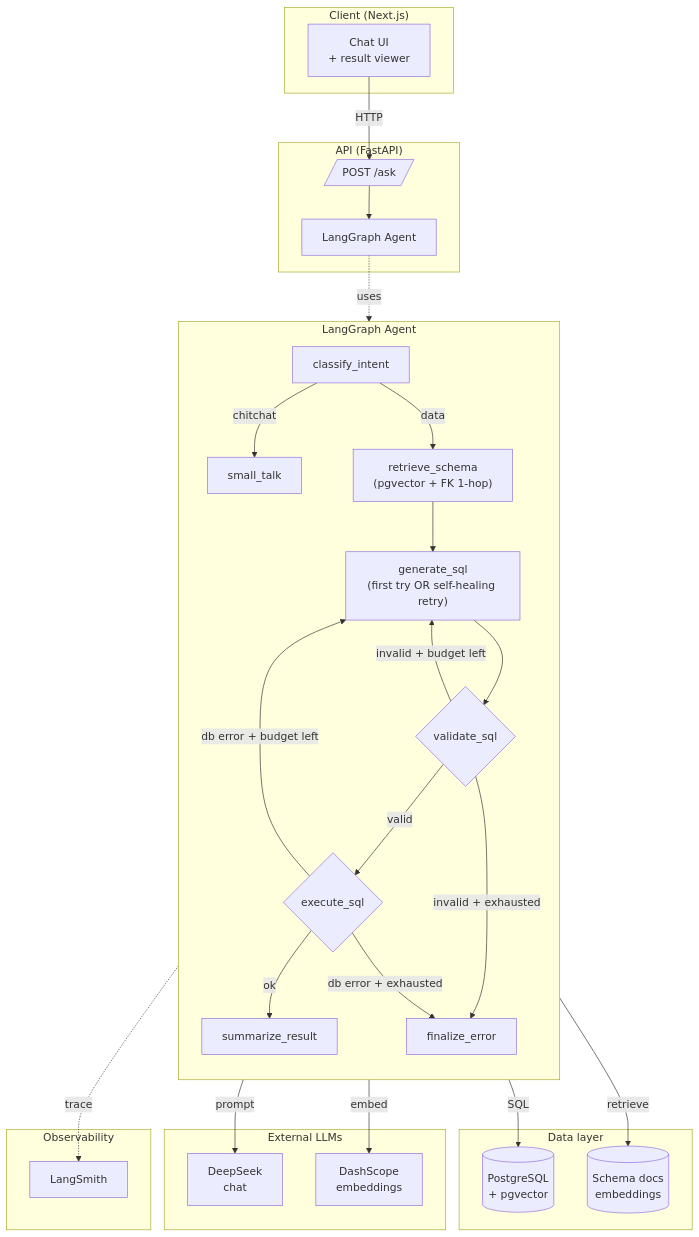
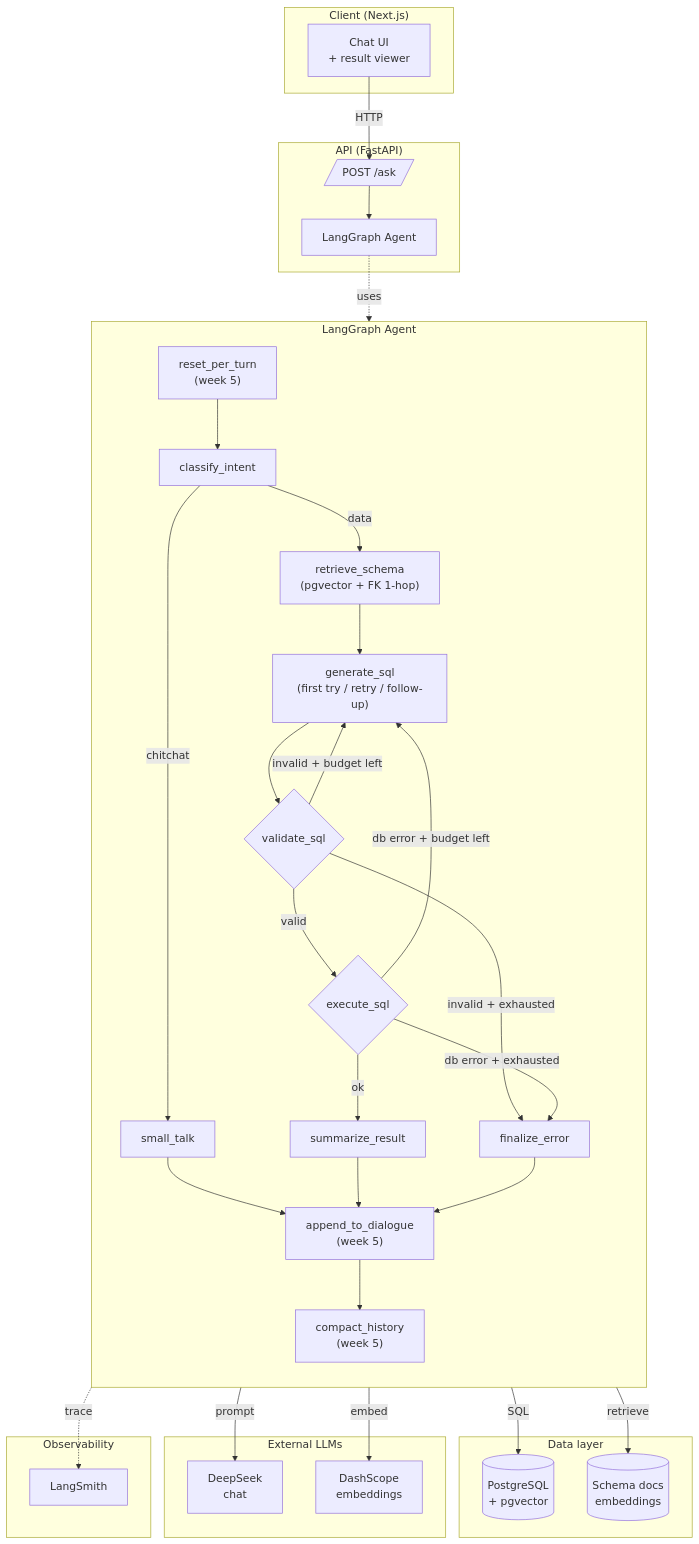
Before and after one commit to rachel-zhang-dev/data-copilot: the diagram in docs/architecture.md, drawn with Mermaid. The commit also changed other lines of this file and 21 other files, not shown here.

First line of the commit message:
feat(agent): week 5 — multi-turn dialogue with Postgres checkpointer

````diff
--- a/docs/architecture.md
+++ b/docs/architecture.md
@@ -7,57 +7,65 @@
 ```mermaid
 flowchart TB
     subgraph Client["Client (Next.js)"]
         UI[Chat UI<br/>+ result viewer]
     end
 
     subgraph API["API (FastAPI)"]
         Endpoint[/POST /ask/]
         Graph["LangGraph Agent"]
     end
 
     subgraph Agent["LangGraph Agent"]
         direction TB
+        N0["reset_per_turn<br/>(week 5)"]
         N1["classify_intent"]
         N1b["small_talk"]
         N2["retrieve_schema<br/>(pgvector + FK 1-hop)"]
-        N3["generate_sql<br/>(first try OR self-healing retry)"]
+        N3["generate_sql<br/>(first try / retry / follow-up)"]
         N4{"validate_sql"}
         N5{"execute_sql"}
         N6["summarize_result"]
         N7["finalize_error"]
+        N8["append_to_dialogue<br/>(week 5)"]
+        N9["compact_history<br/>(week 5)"]
 
+        N0 --> N1
         N1 -- chitchat --> N1b
         N1 -- data --> N2
         N2 --> N3
         N3 --> N4
         N4 -- valid --> N5
         N5 -- ok --> N6
         N4 -- "invalid + budget left" --> N3
         N4 -- "invalid + exhausted" --> N7
         N5 -- "db error + budget left" --> N3
         N5 -- "db error + exhausted" --> N7
+        N1b --> N8
+        N6 --> N8
+        N7 --> N8
+        N8 --> N9
     end
 
     subgraph Data["Data layer"]
         PG[(PostgreSQL<br/>+ pgvector)]
         Schema[(Schema docs<br/>embeddings)]
     end
 
     subgraph LLM["External LLMs"]
         DS[DeepSeek<br/>chat]
         DSE[DashScope<br/>embeddings]
     end
 
     subgraph Obs["Observability"]
         LS[LangSmith]
     end
 
     UI -->|HTTP| Endpoint
     Endpoint --> Graph
     Graph -. uses .-> Agent
     Agent -->|SQL| PG
     Agent -->|retrieve| Schema
     Agent -->|prompt| DS
     Agent -->|embed| DSE
     Agent -. trace .-> LS
 ```
````
